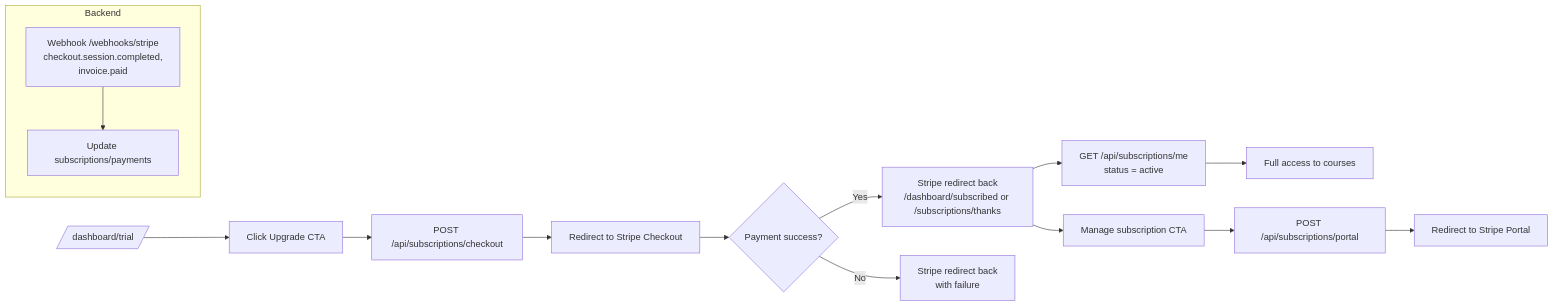
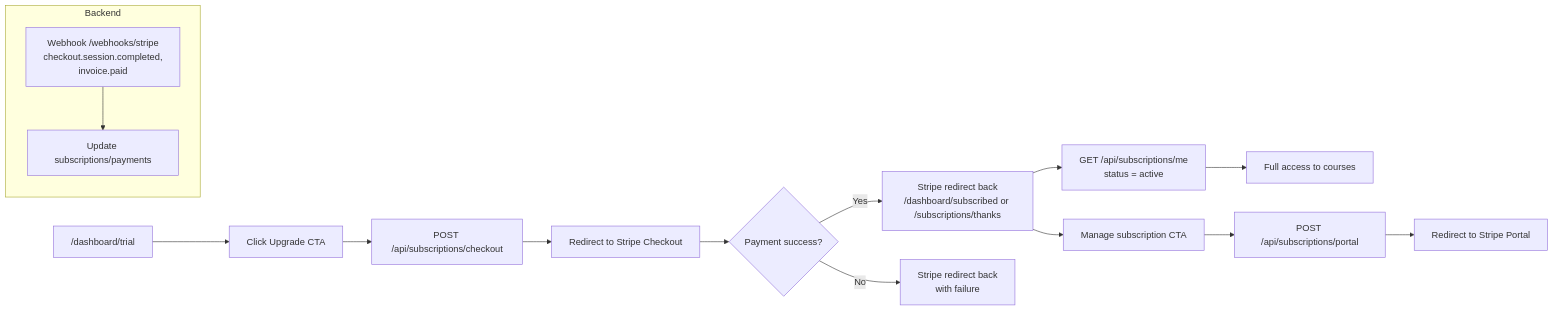
Before and after one commit to annnsvm/buero.de: the second of 7 diagrams in buero-frontend/docs/frontend-flows.md, drawn with Mermaid. The commit also changed other lines of this file and 8 other files, not shown here.

Commit message:
docs: fix mermide diagram view issues

````diff
--- a/buero-frontend/docs/frontend-flows.md
+++ b/buero-frontend/docs/frontend-flows.md
@@ -82,21 +82,21 @@
 ```mermaid
 flowchart LR
-  A[/dashboard/trial/] --> B[Click Upgrade CTA]
+  A["/dashboard/trial"] --> B[Click Upgrade CTA]
   B --> C[POST /api/subscriptions/checkout]
   C --> D[Redirect to Stripe Checkout]
   D --> E{Payment success?}
   E -->|Yes| F[Stripe redirect back<br/>/dashboard/subscribed or /subscriptions/thanks]
   E -->|No| G[Stripe redirect back<br/>with failure]
 
   subgraph Backend
     H[Webhook /webhooks/stripe<br/>checkout.session.completed,<br/>invoice.paid]
     H --> I[Update subscriptions/payments]
   end
 
   F --> J[GET /api/subscriptions/me<br/>status = active]
   J --> K[Full access to courses]
 
   F --> L[Manage subscription CTA]
   L --> M[POST /api/subscriptions/portal]
   M --> N[Redirect to Stripe Portal]
 ```
````
